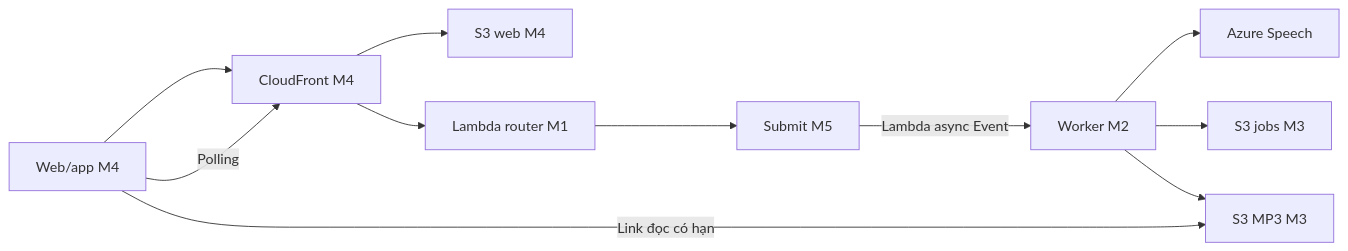
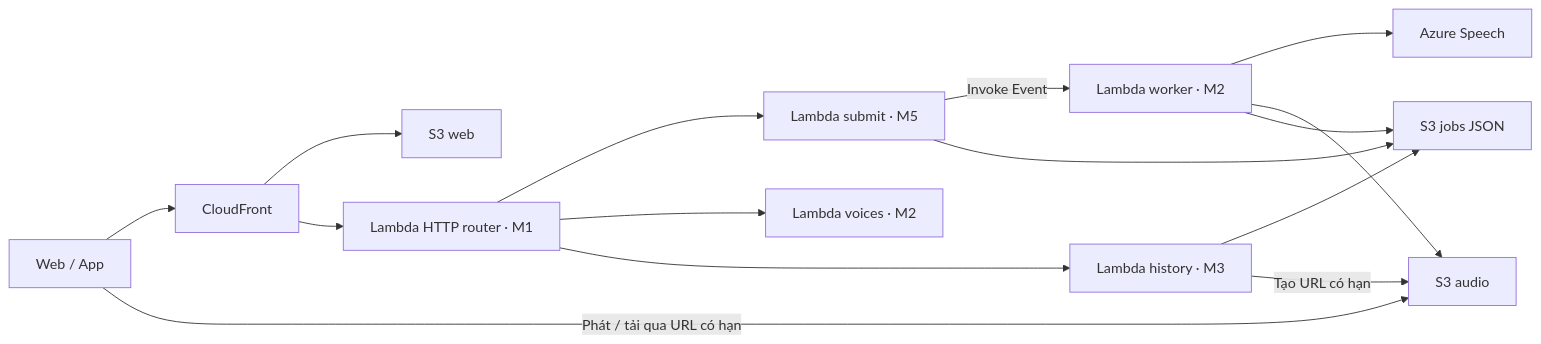
One commit to solvarhuynh/aws-multilingual-tts changed the diagram in README.md. Above: the diagram before and after it, drawn with Mermaid. The commit also changed other lines of this file and 141 other files, not shown here.

````diff
--- a/README.md
+++ b/README.md
@@ -45,13 +76,17 @@
 ```mermaid
 flowchart LR
-    UI[Web/app M4] --> CF[CloudFront M4]
-    CF --> WEB[S3 web M4]
-    CF --> ROUTER[Lambda router M1]
-    ROUTER --> SUBMIT[Submit M5]
-    SUBMIT -->|Lambda async Event| WORKER[Worker M2]
+    CLIENT[Web / App] --> CF[CloudFront]
+    CF --> WEB[S3 web]
+    CF --> ROUTER[Lambda HTTP router · M1]
+    ROUTER --> SUBMIT[Lambda submit · M5]
+    ROUTER --> VOICES[Lambda voices · M2]
+    ROUTER --> HISTORY[Lambda history · M3]
+    SUBMIT -->|Invoke Event| WORKER[Lambda worker · M2]
     WORKER --> AZURE[Azure Speech]
-    WORKER --> JOBS[S3 jobs M3]
-    WORKER --> AUDIO[S3 MP3 M3]
-    UI -->|Polling| CF
-    UI -->|Link đọc có hạn| AUDIO
+    WORKER --> AUDIO[S3 audio]
+    SUBMIT --> JOBS[S3 jobs JSON]
+    WORKER --> JOBS
+    HISTORY --> JOBS
+    HISTORY -->|Tạo URL có hạn| AUDIO
+    CLIENT -->|Phát / tải qua URL có hạn| AUDIO
 ```
````
